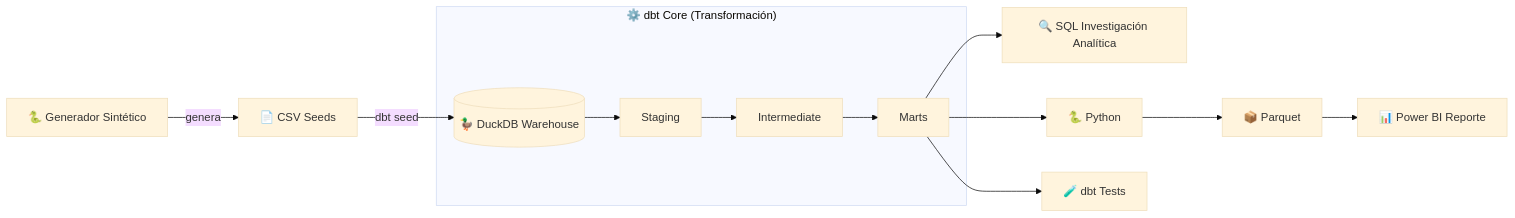
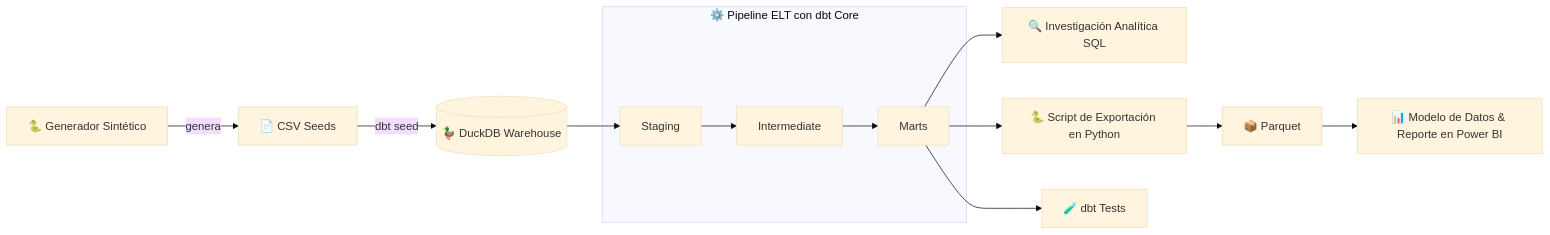
One commit to manticafacundoelian/dbt_elt_analytics changed the diagram in README.md. Above: the diagram before and after it, drawn with Mermaid (base theme). The commit also changed other lines of this file, not shown here.

````diff
--- a/README.md
+++ b/README.md
@@ -17,21 +17,21 @@
 ```mermaid
 flowchart LR
 
     Z[🐍 Generador Sintético] -->|genera| A[📄 CSV Seeds]
     A -->|dbt seed| B[(🦆 DuckDB Warehouse)]
 
-    subgraph DBT["⚙️ dbt Core (Transformación)"]
-        B --> C[Staging]
-        C --> D[Intermediate]
+    subgraph DBT["⚙️ Pipeline ELT con dbt Core"]
+        C[Staging] --> D[Intermediate]
         D --> E[Marts]
     end
 
-    E --> F[🔍 SQL Investigación Analítica]
+    B --> C
 
-    E --> G[🐍 Python]
+    E --> F[🔍 Investigación Analítica SQL]
+
+    E --> G[🐍 Script de Exportación en Python]
     G --> H[📦 Parquet]
-
-    H --> I[📊 Power BI Reporte]
+    H --> I[📊 Modelo de Datos & Reporte en Power BI]
 
     E --> J[🧪 dbt Tests]
 ```
````
